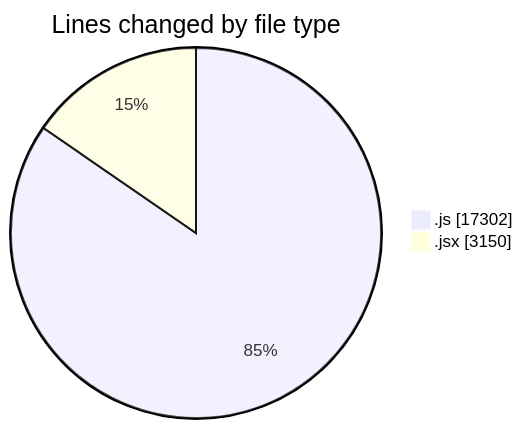
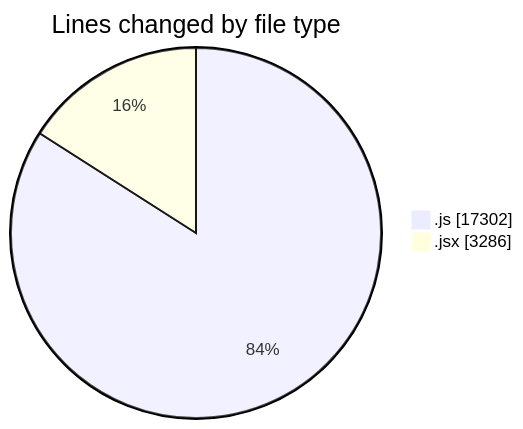
One commit to nxtqubesakshisongat/code-tracking changed the first of 2 diagrams in 2025-09-26/nxtqube_webapp/README.md. Above: the diagram before and after it, drawn with Mermaid. The commit also changed other lines of this file and 1 other file, not shown here.

````diff
--- a/2025-09-26/nxtqube_webapp/README.md
+++ b/2025-09-26/nxtqube_webapp/README.md
@@ -27,6 +27,6 @@
 ```mermaid
 pie showData
 title Lines changed by file type
 ".js" : 17302
-".jsx" : 3150
+".jsx" : 3286
 ```
````
